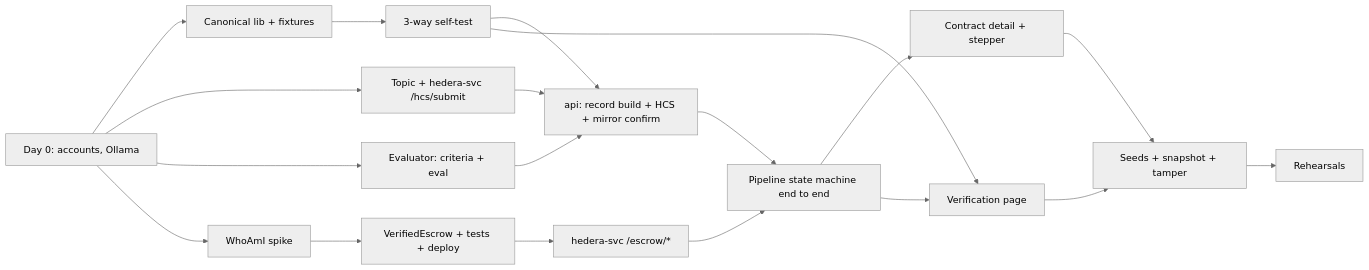
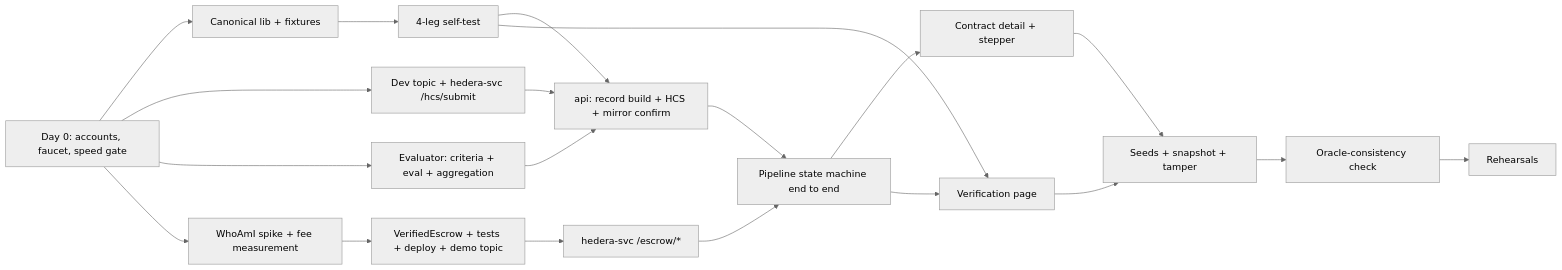
One commit to LHedi22/VerifiedEscrow-Hedera-Hack changed the diagram in docs/05-IMPLEMENTATION-PLAN.md. Above: the diagram before and after it, drawn with Mermaid (neutral theme). The commit also changed other lines of this file, not shown here.

````diff
--- a/docs/05-IMPLEMENTATION-PLAN.md
+++ b/docs/05-IMPLEMENTATION-PLAN.md
@@ -25,21 +25,22 @@
 ```mermaid
 flowchart LR
-    A0[Day 0: accounts, Ollama] --> A1[Canonical lib + fixtures]
-    A1 --> A2[3-way self-test]
-    A0 --> A3[Topic + hedera-svc /hcs/submit]
+    A0[Day 0: accounts, faucet, speed gate] --> A1[Canonical lib + fixtures]
+    A1 --> A2[4-leg self-test]
+    A0 --> A3[Dev topic + hedera-svc /hcs/submit]
     A2 --> A5[api: record build + HCS + mirror confirm]
     A3 --> A5
-    A0 --> A4[Evaluator: criteria + eval]
+    A0 --> A4[Evaluator: criteria + eval + aggregation]
     A4 --> A5
-    A0 --> B1[WhoAmI spike]
-    B1 --> B2[VerifiedEscrow + tests + deploy]
+    A0 --> B1[WhoAmI spike + fee measurement]
+    B1 --> B2[VerifiedEscrow + tests + deploy + demo topic]
     B2 --> B3[hedera-svc /escrow/*]
     A5 --> B4[Pipeline state machine end to end]
     B3 --> B4
     B4 --> C2[Contract detail + stepper]
     A2 --> C3[Verification page]
     B4 --> C3
     C2 --> D1[Seeds + snapshot + tamper]
     C3 --> D1
-    D1 --> D2[Rehearsals]
+    D1 --> D3[Oracle-consistency check]
+    D3 --> D2[Rehearsals]
 ```
````
